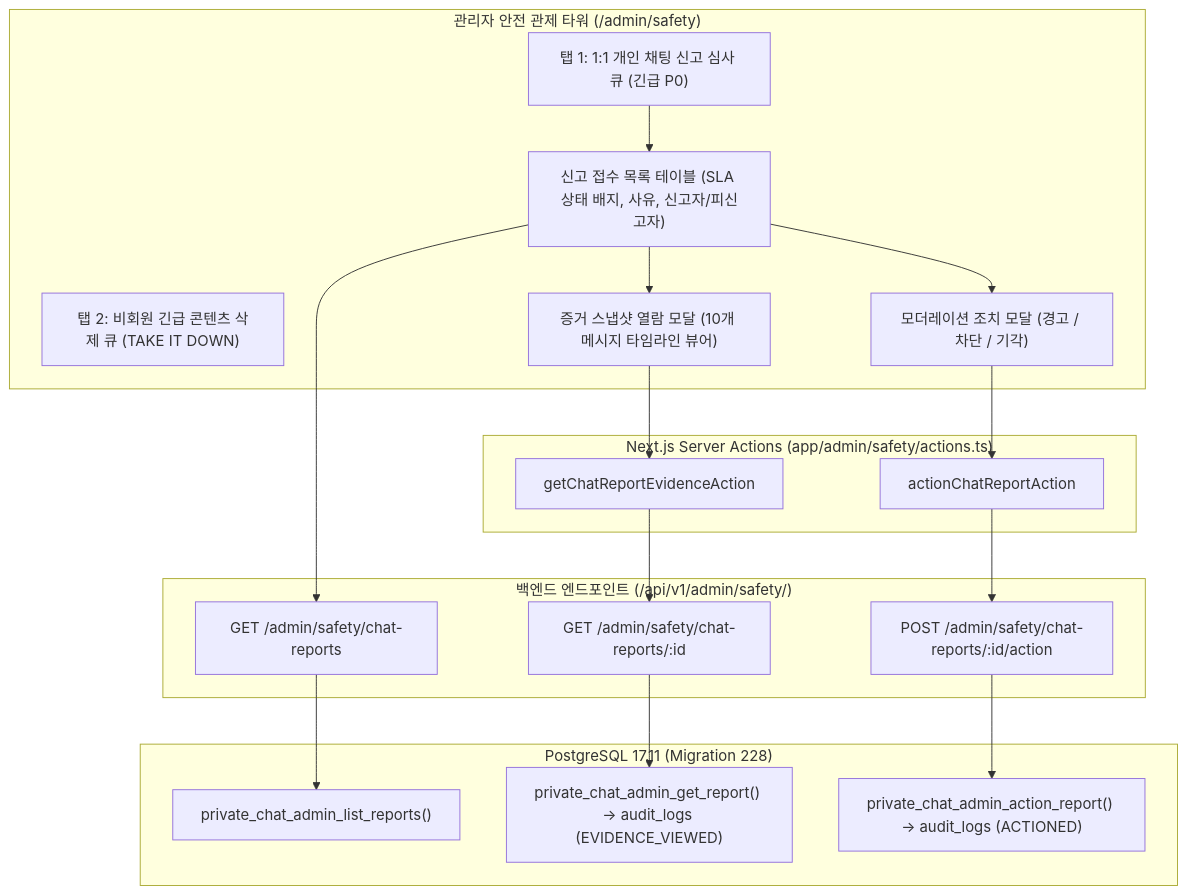
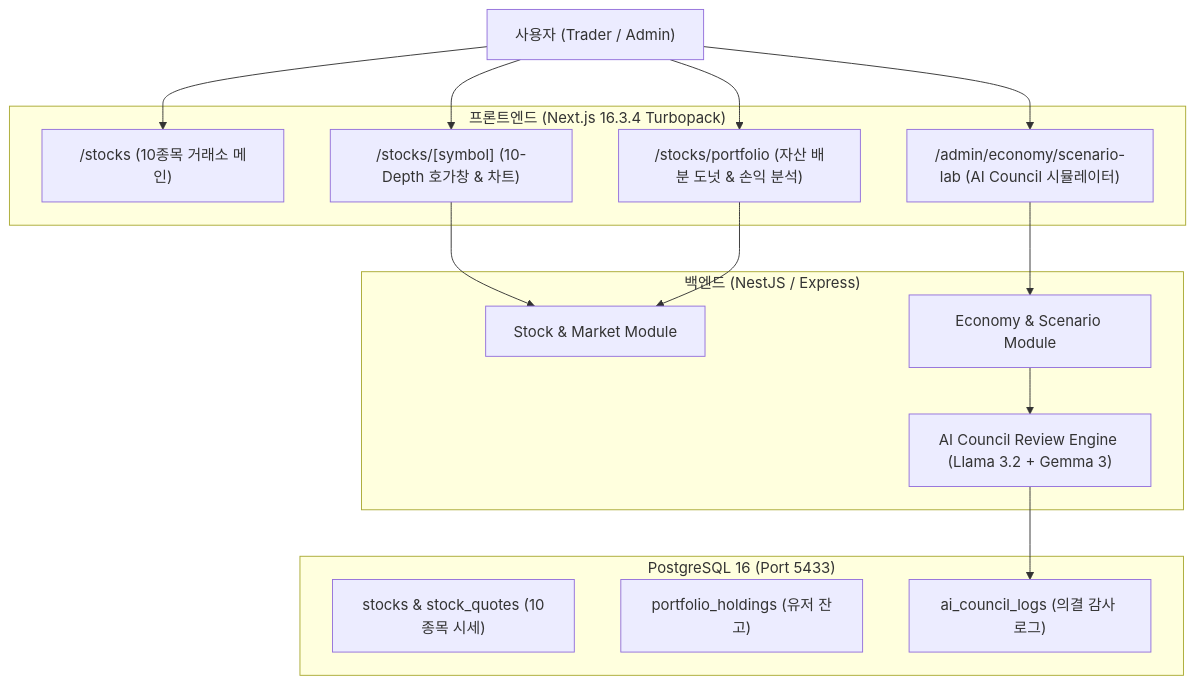
The diagram in implementation_plan.md (wtrdd1-hash/Woldeok-Moneyverse-Migration), drawn with Mermaid before and after one commit. The commit also changed other lines of this file and 4 other files, not shown here.

Commit message:
feat(stocks): enhance 10-depth orderbook, portfolio donut chart and AI council scenario simulator

````diff
--- a/implementation_plan.md
+++ b/implementation_plan.md
@@ -1800,27 +18,34 @@
 ```mermaid
-flowchart TD
-    subgraph AdminUI["관리자 안전 관제 타워 (/admin/safety)"]
-        Tab1["탭 1: 1:1 개인 채팅 신고 심사 큐 (긴급 P0)"]
-        Tab2["탭 2: 비회원 긴급 콘텐츠 삭제 큐 (TAKE IT DOWN)"]
-        Tab1 --> ReportList["신고 접수 목록 테이블 (SLA 상태 배지, 사유, 신고자/피신고자)"]
-        ReportList --> EvidenceModal["증거 스냅샷 열람 모달 (10개 메시지 타임라인 뷰어)"]
-        ReportList --> ActionModal["모더레이션 조치 모달 (경고 / 차단 / 기각)"]
+graph TD
+    User["사용자 (Trader / Admin)"]
+    
+    subgraph Frontend["프론트엔드 (Next.js 16.3.4 Turbopack)"]
+        StocksPage["/stocks (10종목 거래소 메인)"]
+        StockDetail["/stocks/[symbol] (10-Depth 호가창 & 차트)"]
+        PortfolioPage["/stocks/portfolio (자산 배분 도넛 & 손익 분석)"]
+        ScenarioLab["/admin/economy/scenario-lab (AI Council 시뮬레이터)"]
     end
-
-    subgraph ServerActions["Next.js Server Actions (app/admin/safety/actions.ts)"]
-        EvidenceModal --> GetEvidence["getChatReportEvidenceAction"]
-        ActionModal --> SubmitAction["actionChatReportAction"]
+    
+    subgraph Backend["백엔드 (NestJS / Express)"]
+        StockModule["Stock & Market Module"]
+        EconomyModule["Economy & Scenario Module"]
+        AICouncilEngine["AI Council Review Engine (Llama 3.2 + Gemma 3)"]
     end
-
-    subgraph BackendAPI["백엔드 엔드포인트 (/api/v1/admin/safety/)"]
-        ReportList --> APIList["GET /admin/safety/chat-reports"]
-        GetEvidence --> APIGet["GET /admin/safety/chat-reports/:id"]
-        SubmitAction --> APIAction["POST /admin/safety/chat-reports/:id/action"]
+    
+    subgraph Database["PostgreSQL 16 (Port 5433)"]
+        StockQuotes["stocks & stock_quotes (10종목 시세)"]
+        PortfolioLedger["portfolio_holdings (유저 잔고)"]
+        CouncilAuditLogs["ai_council_logs (의결 감사 로그)"]
     end
-
-    subgraph Database["PostgreSQL 17.11 (Migration 228)"]
-        APIList --> SPList["private_chat_admin_list_reports()"]
-        APIGet --> SPGet["private_chat_admin_get_report() -> audit_logs (EVIDENCE_VIEWED)"]
-        APIAction --> SPAction["private_chat_admin_action_report() -> audit_logs (ACTIONED)"]
-    end
+    
+    User --> StocksPage
+    User --> StockDetail
+    User --> PortfolioPage
+    User --> ScenarioLab
+    
+    StockDetail --> StockModule
+    PortfolioPage --> StockModule
+    ScenarioLab --> EconomyModule
+    EconomyModule --> AICouncilEngine
+    AICouncilEngine --> CouncilAuditLogs
 ```
````
